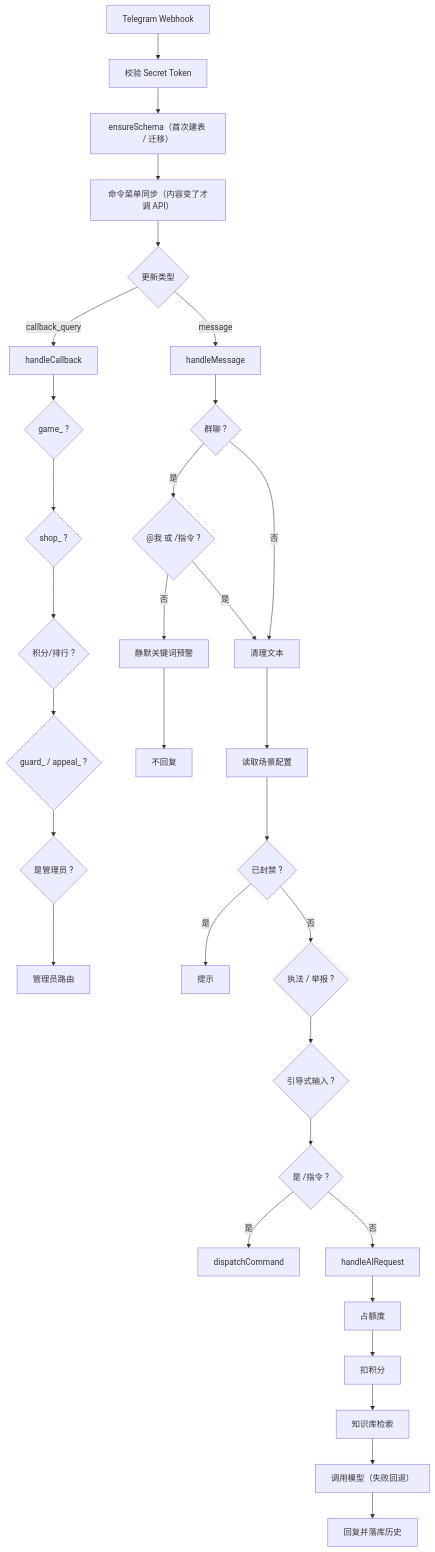
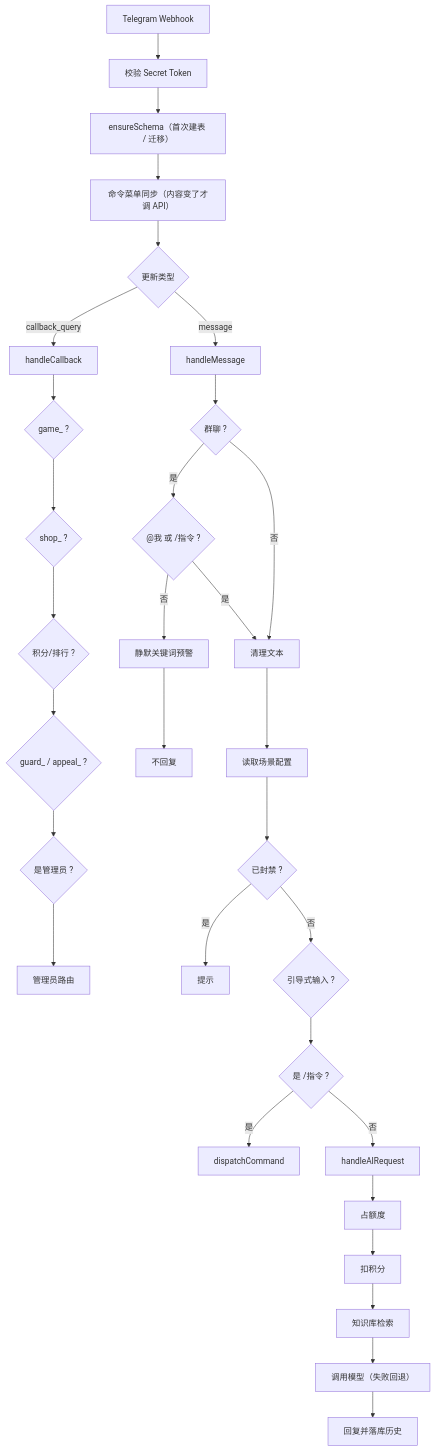
One commit to ZooolpMoon/tgbot changed the diagram in docs/architecture.md. Above: the diagram before and after it, drawn with Mermaid. The commit also changed other lines of this file and 33 other files, not shown here.

````diff
--- a/docs/architecture.md
+++ b/docs/architecture.md
@@ -14,24 +14,24 @@
 ```mermaid
 flowchart TD
     Hook["Telegram Webhook"] --> Auth["校验 Secret Token"]
     Auth --> Schema["ensureSchema（首次建表 / 迁移）"]
     Schema --> Menu["命令菜单同步（内容变了才调 API）"]
     Menu --> Type{"更新类型"}
     Type -->|callback_query| CB["handleCallback"]
     Type -->|message| MSG["handleMessage"]
 
     CB --> CBGame{"game_ ?"} --> CBShop{"shop_ ?"} --> CBPoints{"积分/排行 ?"}
     CBPoints --> CBGuard{"guard_ / appeal_ ?"} --> CBAdmin{"是管理员 ?"} --> CBRoute["管理员路由"]
 
     MSG --> Group{"群聊 ?"}
     Group -->|是| Mention{"@我 或 /指令 ?"}
     Mention -->|否| Alert["静默关键词预警"] --> Ignore["不回复"]
     Mention -->|是| Clean["清理文本"]
     Group -->|否| Clean
     Clean --> Cfg["读取场景配置"] --> Blocked{"已封禁 ?"}
     Blocked -->|是| BlockMsg["提示"]
-    Blocked -->|否| Guards{"执法 / 举报 ?"} --> Guides{"引导式输入 ?"} --> Cmd{"是 /指令 ?"}
+    Blocked -->|否| Guides{"引导式输入 ?"} --> Cmd{"是 /指令 ?"}
     Cmd -->|是| Dispatch["dispatchCommand"]
     Cmd -->|否| AI["handleAIRequest"]
     AI --> Quota["占额度"] --> Pay["扣积分"] --> RAG["知识库检索"] --> Model["调用模型（失败回退）"] --> Reply["回复并落库历史"]
 ```
````
